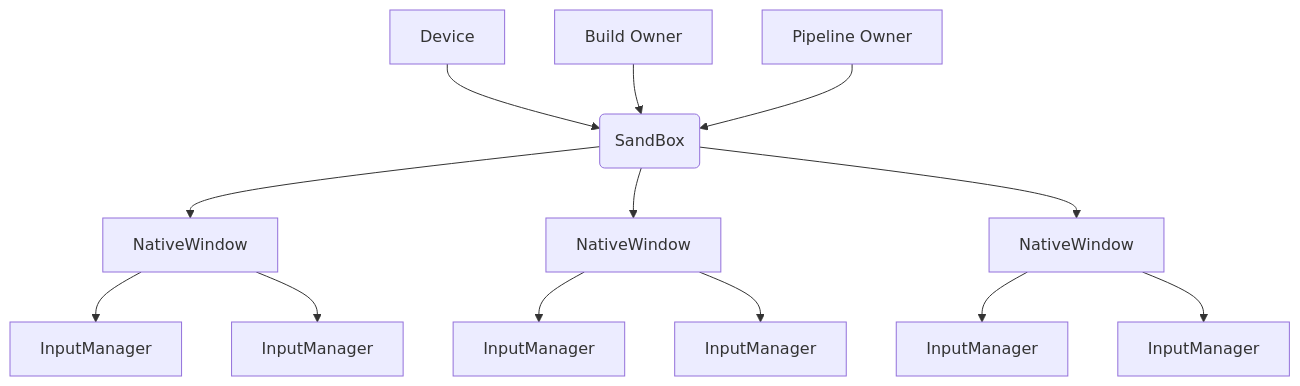
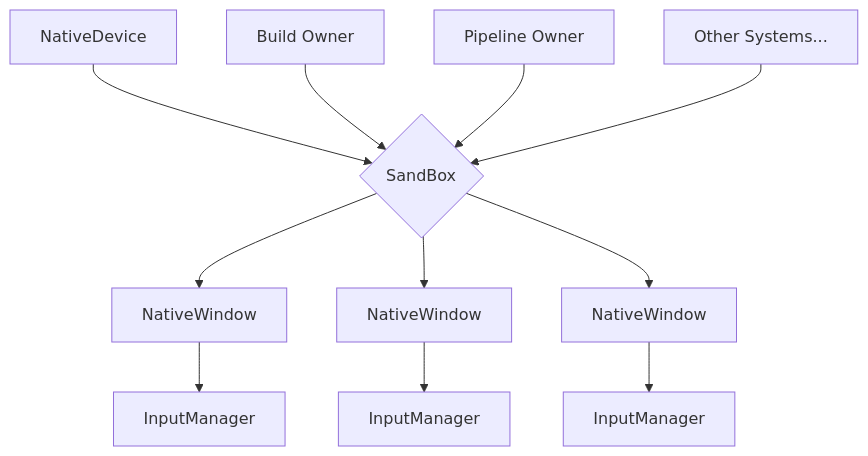
Before and after one commit to SakuraEngine/SakuraDocumention: the diagram in 草案/GUI/MOC_Architecture Overview.md, drawn with Mermaid.

````diff
--- a/草案/GUI/MOC_Architecture Overview.md
+++ b/草案/GUI/MOC_Architecture Overview.md
@@ -13,39 +13,32 @@
 ```mermaid
 %%{init: { "flowchart": {"useMaxWidth" : 1} } }%%
 flowchart TD
 
-Device["Device"]
+NativeDevice["NativeDevice"]
 BuildOwner["Build Owner"]
 PipelineOwner["Pipeline Owner"]
+OtherSystem["Other Systems..."]
 
-Sandbox("SandBox")
+Sandbox{"SandBox"}
 
 NativeWindow1["NativeWindow"]
 NativeWindow2["NativeWindow"]
 NativeWindow3["NativeWindow"]
 
 InputManager1["InputManager"]
 InputManager2["InputManager"]
 InputManager3["InputManager"]
 
-FocusManager1["InputManager"]
-FocusManager2["InputManager"]
-FocusManager3["InputManager"]
-
-Device-->Sandbox
+NativeDevice-->Sandbox
 BuildOwner-->Sandbox
 PipelineOwner-->Sandbox
+OtherSystem-->Sandbox
 
 Sandbox-->NativeWindow1
 Sandbox-->NativeWindow2
 Sandbox-->NativeWindow3
 
-NativeWindow1-->FocusManager1
 NativeWindow1-->InputManager1
-
-NativeWindow2-->FocusManager2
 NativeWindow2-->InputManager2
-
-NativeWindow3-->FocusManager3
 NativeWindow3-->InputManager3
 ```
````
